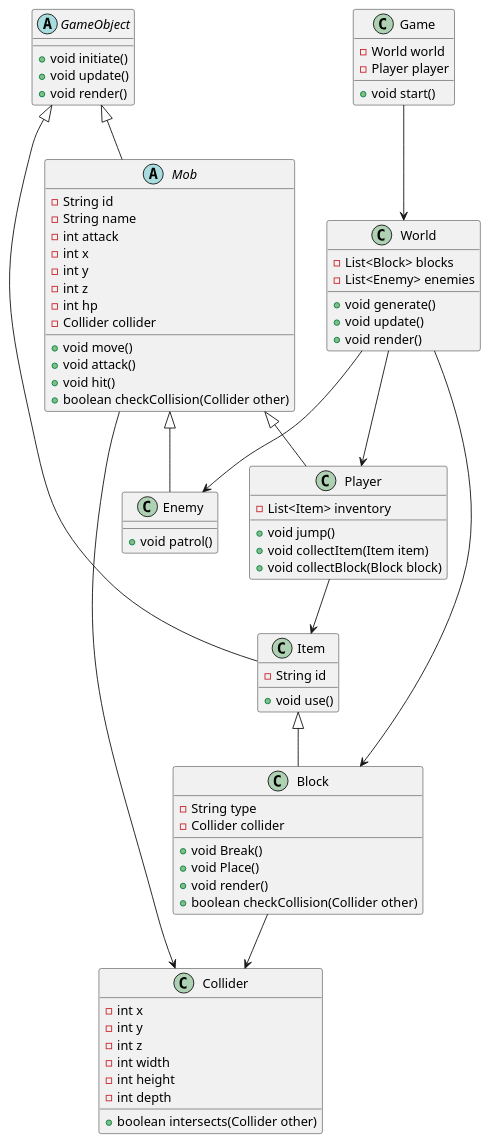
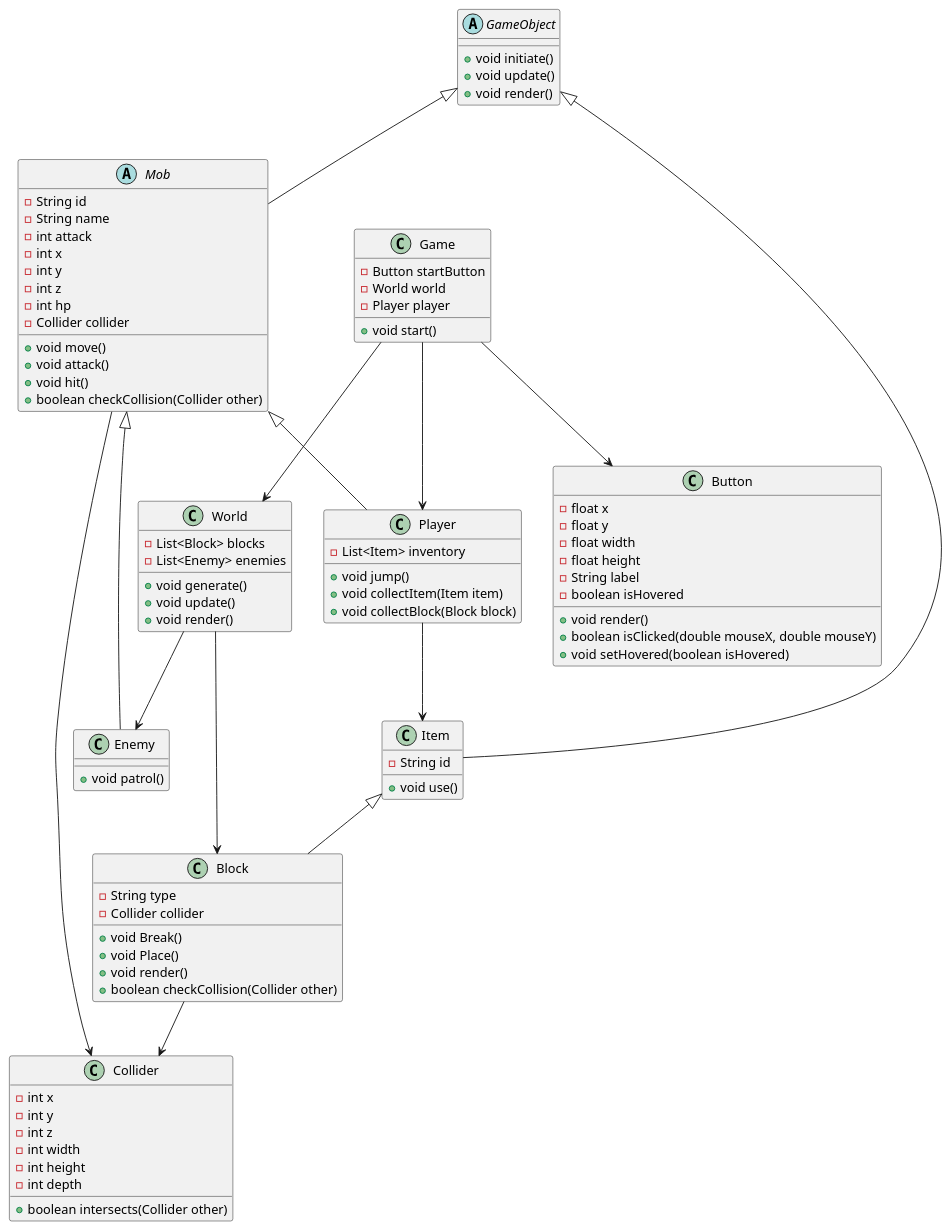
One commit to p-nasimonan/Minicraft changed the diagram in クラス図.pu. Above: the diagram before and after it, drawn with PlantUML. The commit also changed 6 other files, not shown here.

```diff
--- a/クラス図.pu
+++ b/クラス図.pu
@@ -1,79 +1,93 @@
 @startuml minikuraft
 abstract class GameObject {
     + void initiate()
     + void update()
     + void render()
 }
 
 class Game {
+    - Button startButton
     - World world
     - Player player
     + void start()
+}
+
+class Button {
+    - float x
+    - float y
+    - float width
+    - float height
+    - String label
+    - boolean isHovered
+    + void render()
+    + boolean isClicked(double mouseX, double mouseY)
+    + void setHovered(boolean isHovered)
 }
 
 class World {
     - List<Block> blocks
     - List<Enemy> enemies
     + void generate()
     + void update()
     + void render()
 }
 
 class Block extends Item {
     - String type
     - Collider collider
     + void Break()
     + void Place()
     + void render()
     + boolean checkCollision(Collider other)
 }
 
 class Item extends GameObject {
     - String id
     + void use()
 }
 
 class Collider {
     - int x
     - int y
     - int z
     - int width
     - int height
     - int depth
     + boolean intersects(Collider other)
 }
 
 abstract class Mob extends GameObject {
     - String id
     - String name
     - int attack
     - int x
     - int y
     - int z
     - int hp
     - Collider collider
     + void move()
     + void attack()
     + void hit()
     + boolean checkCollision(Collider other)
 }
 
 class Player extends Mob {
     - List<Item> inventory
     + void jump()
     + void collectItem(Item item)
     + void collectBlock(Block block)
 }
 
 class Enemy extends Mob {
     + void patrol()
 }
 
 Game --> World
+Game --> Player
+Game --> Button
 World --> Block
 World --> Enemy
-World --> Player
 Block --> Collider
 Mob --> Collider
 Player --> Item
 @enduml
```
